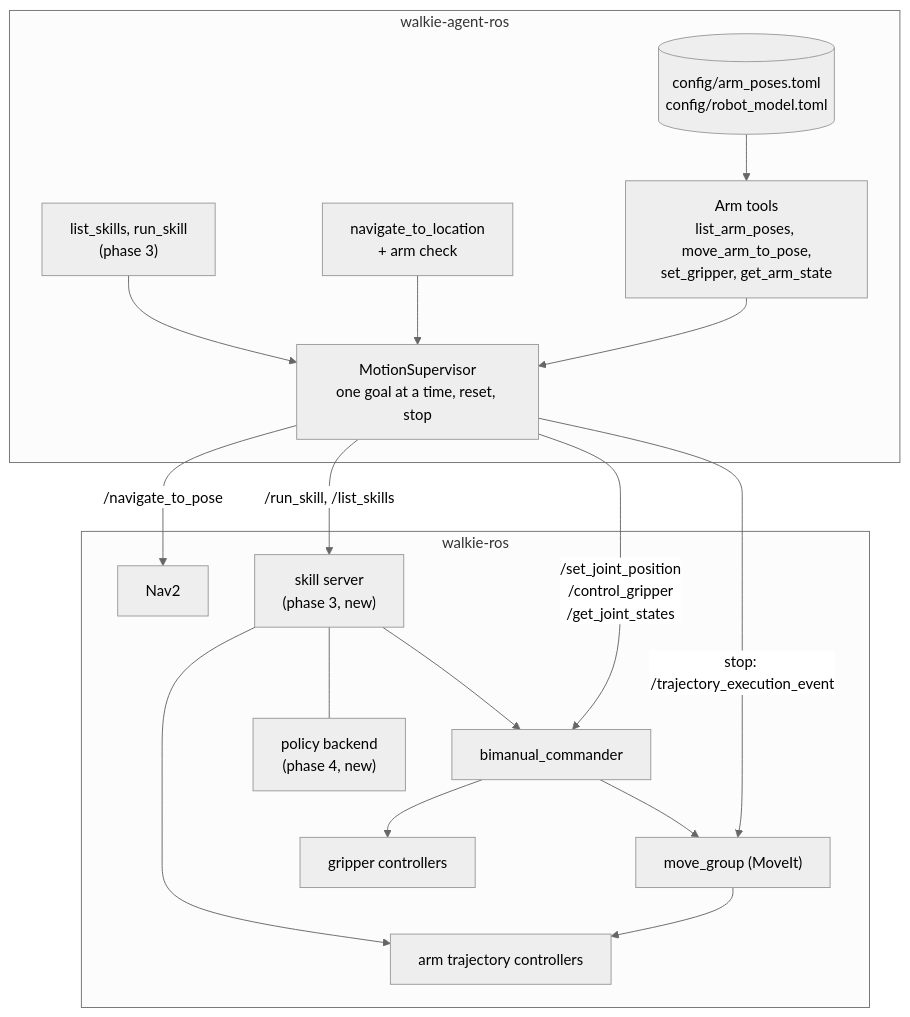
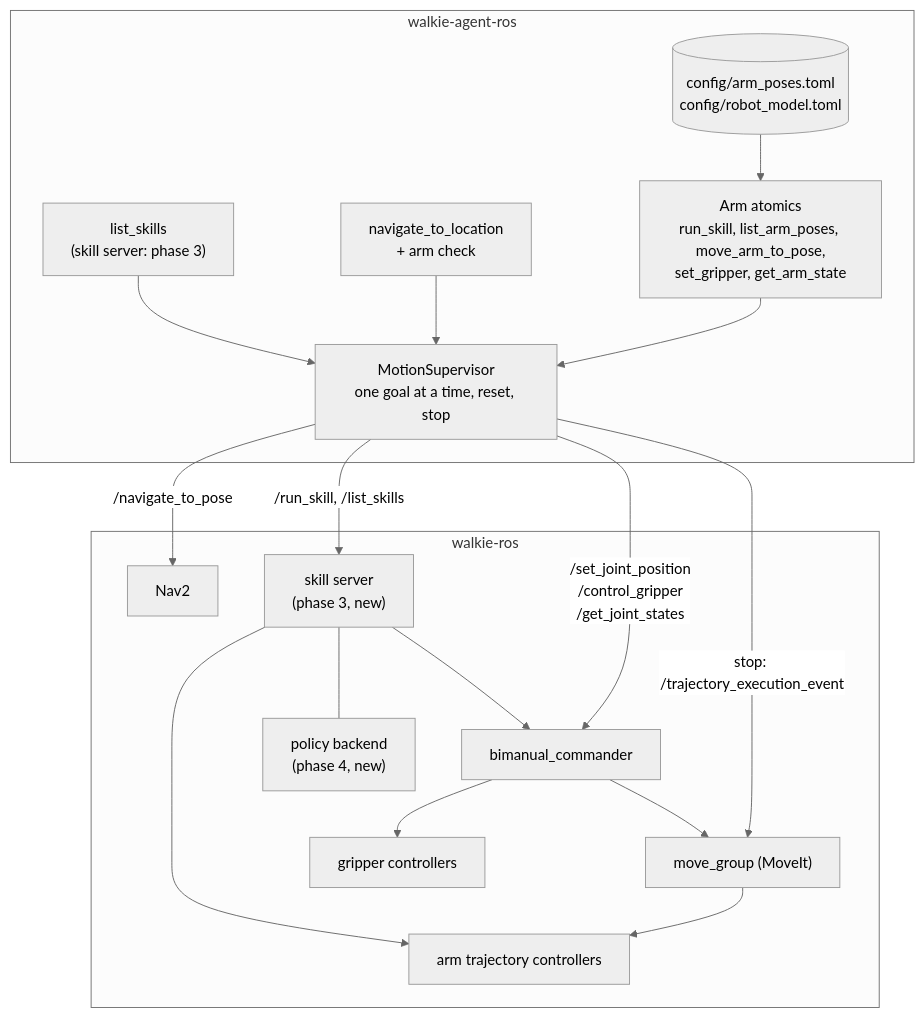
The first of 4 diagrams in docs/architecture/manipulation.md (EIC-Robocup-2026/walkie-agent-ros), drawn with Mermaid (neutral theme) before and after one commit. The commit also changed other lines of this file and 20 other files, not shown here.

First line of the commit message:
docs: propose the self-evolving agent architecture

````diff
--- a/docs/architecture/manipulation.md
+++ b/docs/architecture/manipulation.md
@@ -38,35 +61,35 @@
 ```mermaid
 flowchart TB
   subgraph agent["walkie-agent-ros"]
     cfg[("config/arm_poses.toml<br/>config/robot_model.toml")]
-    llm_tools["Arm tools<br/>list_arm_poses, move_arm_to_pose,<br/>set_gripper, get_arm_state"]
+    llm_tools["Arm atomics<br/>run_skill, list_arm_poses, move_arm_to_pose,<br/>set_gripper, get_arm_state"]
     nav_tool["navigate_to_location<br/>+ arm check"]
-    skill_tools["list_skills, run_skill<br/>(phase 3)"]
+    skill_tools["list_skills<br/>(skill server: phase 3)"]
     ms["MotionSupervisor<br/>one goal at a time, reset, stop"]
   end
 
   subgraph robot["walkie-ros"]
     cmd["bimanual_commander"]
     mg["move_group (MoveIt)"]
     jtc["arm trajectory controllers"]
     grip["gripper controllers"]
     nav2["Nav2"]
     skills["skill server<br/>(phase 3, new)"]
     policy["policy backend<br/>(phase 4, new)"]
   end
 
   cfg --> llm_tools
   llm_tools --> ms
   nav_tool --> ms
   skill_tools --> ms
   ms -- "/set_joint_position<br/>/control_gripper<br/>/get_joint_states" --> cmd
   ms -- "stop: /trajectory_execution_event" --> mg
   ms -- "/navigate_to_pose" --> nav2
   ms -- "/run_skill, /list_skills" --> skills
   cmd --> mg
   mg --> jtc
   cmd --> grip
   skills --> cmd
   skills --> jtc
   skills --- policy
 ```
````
